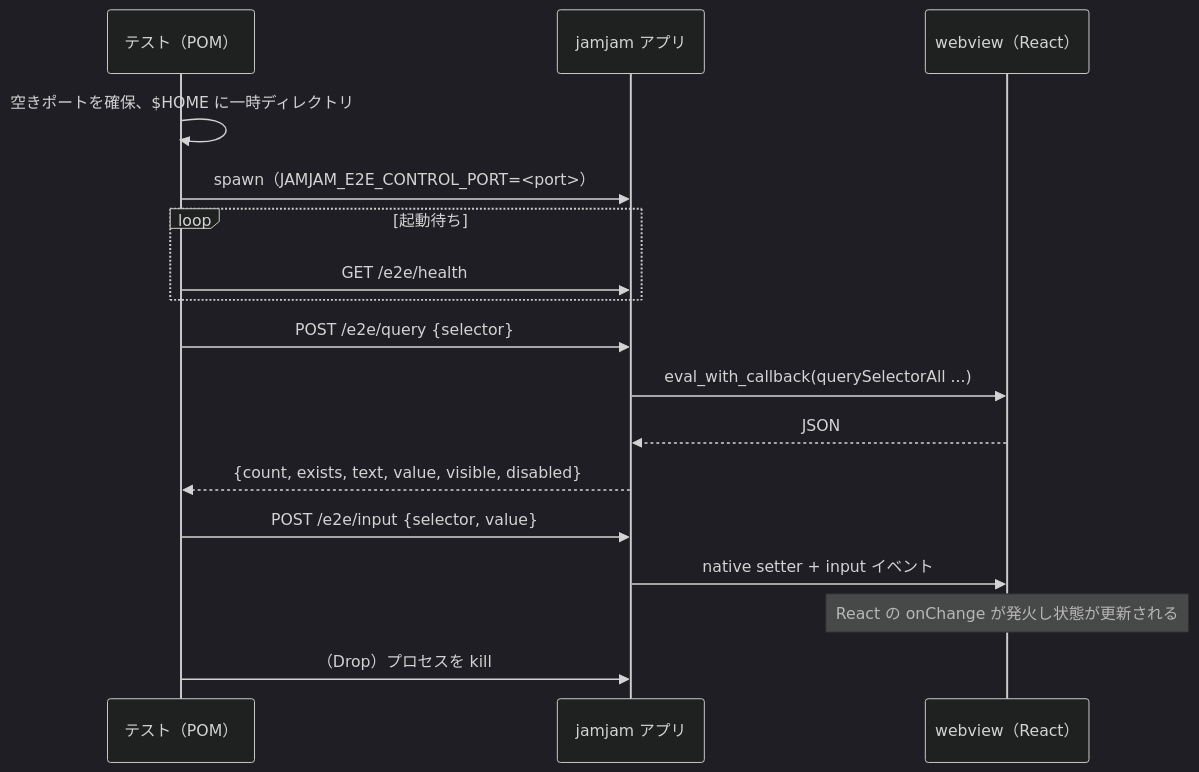
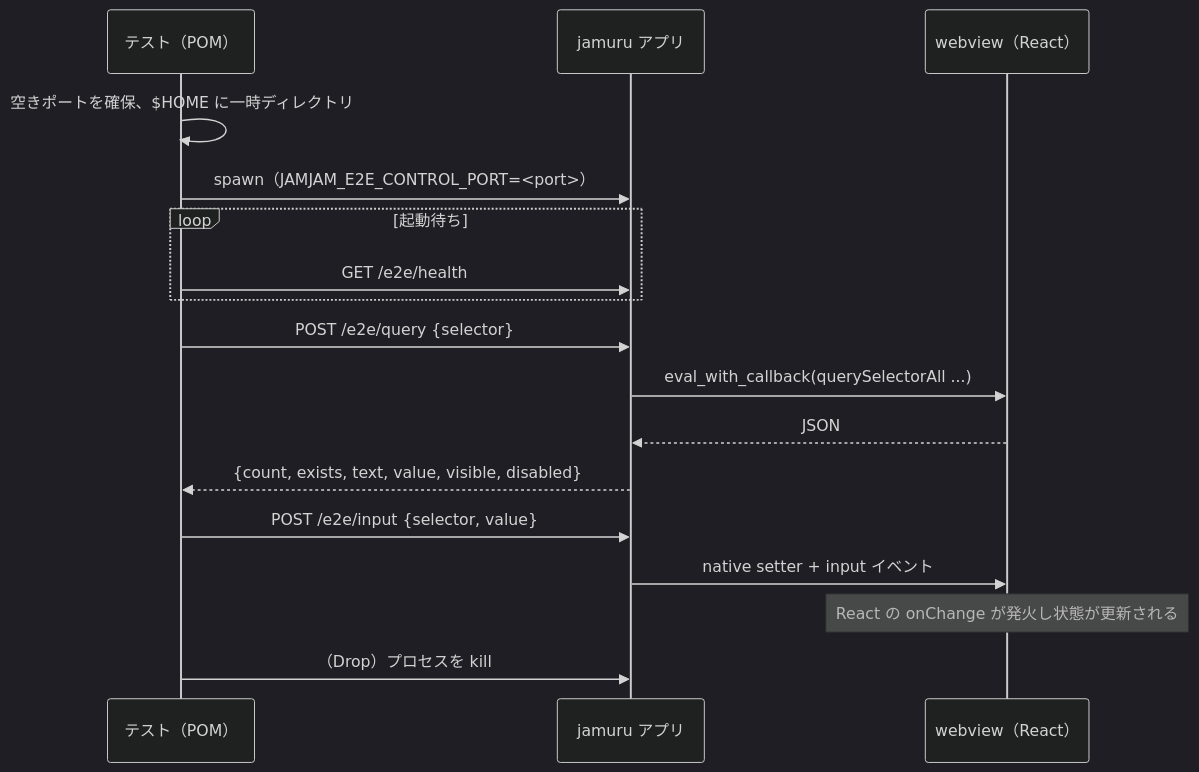
One commit to koedame/jamjam-client changed the diagram in docs-spec/api/e2e-control.md. Above: the diagram before and after it, drawn with Mermaid (dark theme). The commit also changed other lines of this file and 238 other files, not shown here.

First line of the commit message:
Rename the app from jamjam to jamuru

````diff
--- a/docs-spec/api/e2e-control.md
+++ b/docs-spec/api/e2e-control.md
@@ -19,20 +19,20 @@
 ```mermaid
 sequenceDiagram
     participant T as テスト（POM）
-    participant A as jamjam アプリ
+    participant A as jamuru アプリ
     participant W as webview（React）
 
     T->>T: 空きポートを確保、$HOME に一時ディレクトリ
     T->>A: spawn（JAMJAM_E2E_CONTROL_PORT=<port>）
     loop 起動待ち
         T->>A: GET /e2e/health
     end
     T->>A: POST /e2e/query {selector}
     A->>W: eval_with_callback(querySelectorAll ...)
     W-->>A: JSON
     A-->>T: {count, exists, text, value, visible, disabled}
     T->>A: POST /e2e/input {selector, value}
     A->>W: native setter + input イベント
     Note over W: React の onChange が発火し状態が更新される
     T->>A: （Drop）プロセスを kill
 ```
````
